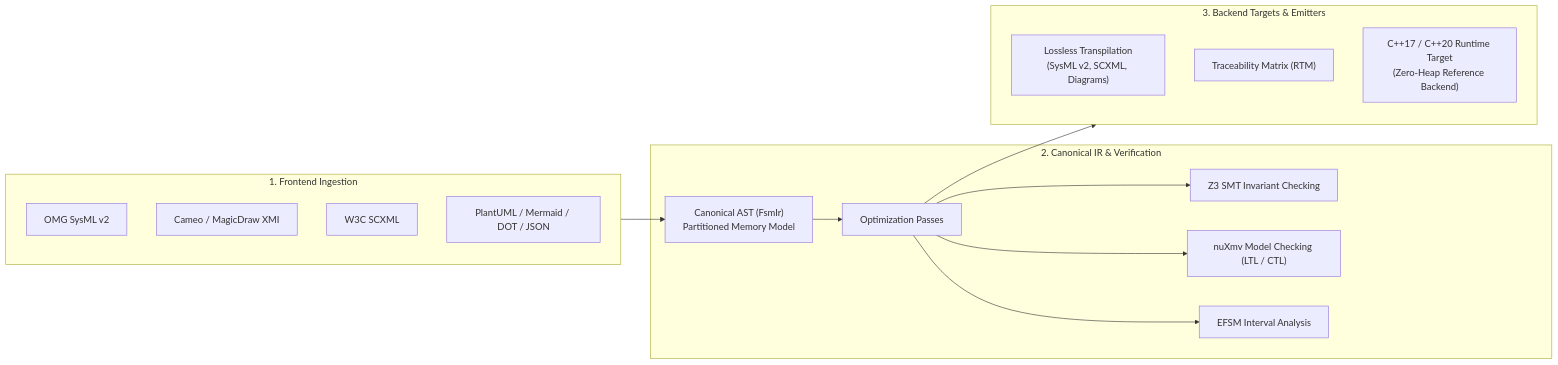
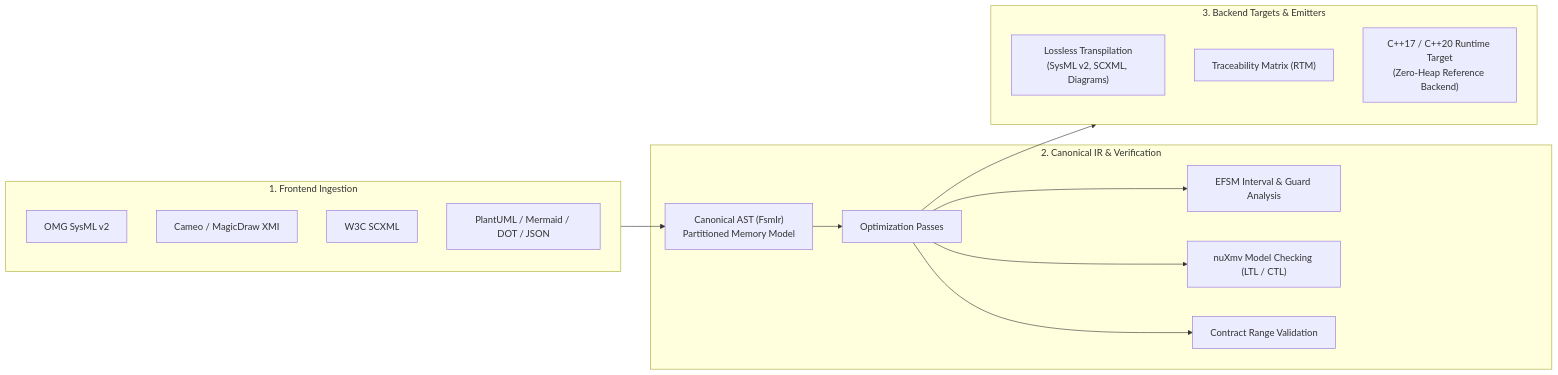
One commit to simoneCavalleri/fsmc changed the first of 3 diagrams in docs/index.md. Above: the diagram before and after it, drawn with Mermaid. The commit also changed other lines of this file and 26 other files, not shown here.

````diff
--- a/docs/index.md
+++ b/docs/index.md
@@ -11,30 +11,30 @@
 ```mermaid
 flowchart LR
     subgraph Frontend["1. Frontend Ingestion"]
         SysML["OMG SysML v2"]
         XMI["Cameo / MagicDraw XMI"]
         SCXML["W3C SCXML"]
         Diagrams["PlantUML / Mermaid / DOT / JSON"]
     end
 
     subgraph MiddleEnd["2. Canonical IR & Verification"]
         IR["Canonical AST (FsmIr)<br/>Partitioned Memory Model"]
         Passes["Optimization Passes"]
-        SMT["Z3 SMT Invariant Checking"]
+        SMT["EFSM Interval & Guard Analysis"]
         MC["nuXmv Model Checking (LTL / CTL)"]
-        Interval["EFSM Interval Analysis"]
+        Interval["Contract Range Validation"]
     end
 
     subgraph Backend["3. Backend Targets & Emitters"]
         Transpile["Lossless Transpilation<br/>(SysML v2, SCXML, Diagrams)"]
         RTM["Traceability Matrix (RTM)"]
         CppGen["C++17 / C++20 Runtime Target<br/>(Zero-Heap Reference Backend)"]
     end
 
     Frontend --> IR
     IR --> Passes
     Passes --> SMT
     Passes --> MC
     Passes --> Interval
     Passes --> Backend
 ```
````
